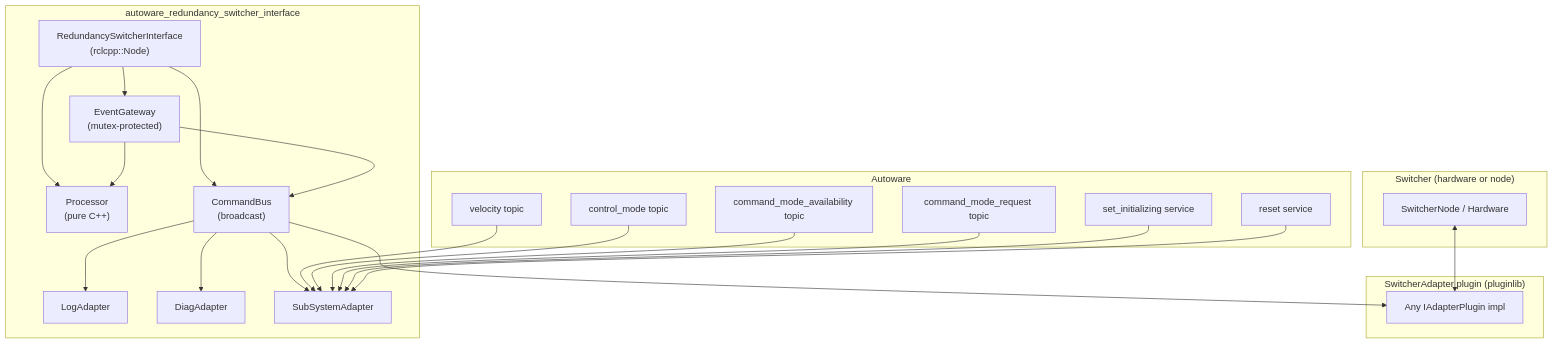
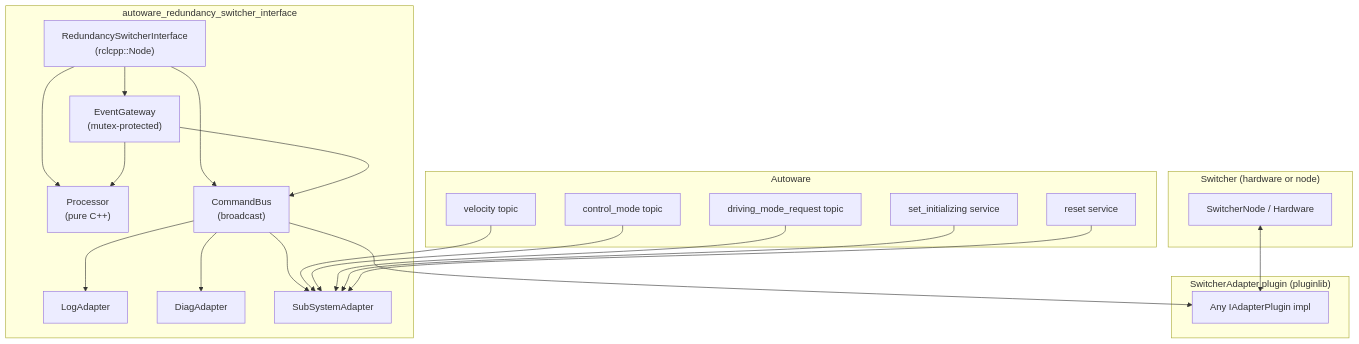
Before and after one commit to autowarefoundation/autoware_universe: the first of 6 diagrams in system/autoware_redundancy_switcher_interface/docs/DESIGN.md, drawn with Mermaid. The commit also changed other lines of this file and 23 other files, not shown here.

Commit message:
fix: remove command mode feature

````diff
--- a/system/autoware_redundancy_switcher_interface/docs/DESIGN.md
+++ b/system/autoware_redundancy_switcher_interface/docs/DESIGN.md
@@ -65,48 +65,46 @@
 ```mermaid
 graph TB
   subgraph autoware_redundancy_switcher_interface
     Node["RedundancySwitcherInterface\n(rclcpp::Node)"]
     GW["EventGateway\n(mutex-protected)"]
     PROC["Processor\n(pure C++)"]
     BUS["CommandBus\n(broadcast)"]
     LOG["LogAdapter"]
     DIAG["DiagAdapter"]
     SUB["SubSystemAdapter"]
   end
 
   subgraph Plugin["SwitcherAdapter plugin (pluginlib)"]
     PLUG["Any IAdapterPlugin impl"]
   end
 
   subgraph Autoware
     VEL["velocity topic"]
     CTL["control_mode topic"]
-    CMA["command_mode_availability topic"]
-    CMR["command_mode_request topic"]
+    DMR["driving_mode_request topic"]
     SVC_INIT["set_initializing service"]
     SVC_RST["reset service"]
   end
 
   subgraph Switcher["Switcher (hardware or node)"]
     SWNODE["SwitcherNode / Hardware"]
   end
 
   Node --> GW
   Node --> BUS
   Node --> PROC
   GW --> PROC
   GW --> BUS
   BUS --> LOG
   BUS --> DIAG
   BUS --> SUB
   BUS --> PLUG
 
   VEL --> SUB
   CTL --> SUB
-  CMA --> SUB
-  CMR --> SUB
+  DMR --> SUB
   SVC_INIT --> SUB
   SVC_RST --> SUB
 
   SWNODE <--> PLUG
 ```
````
